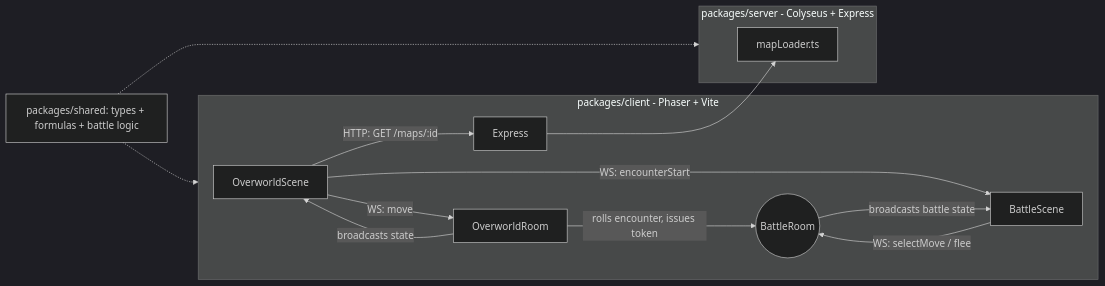
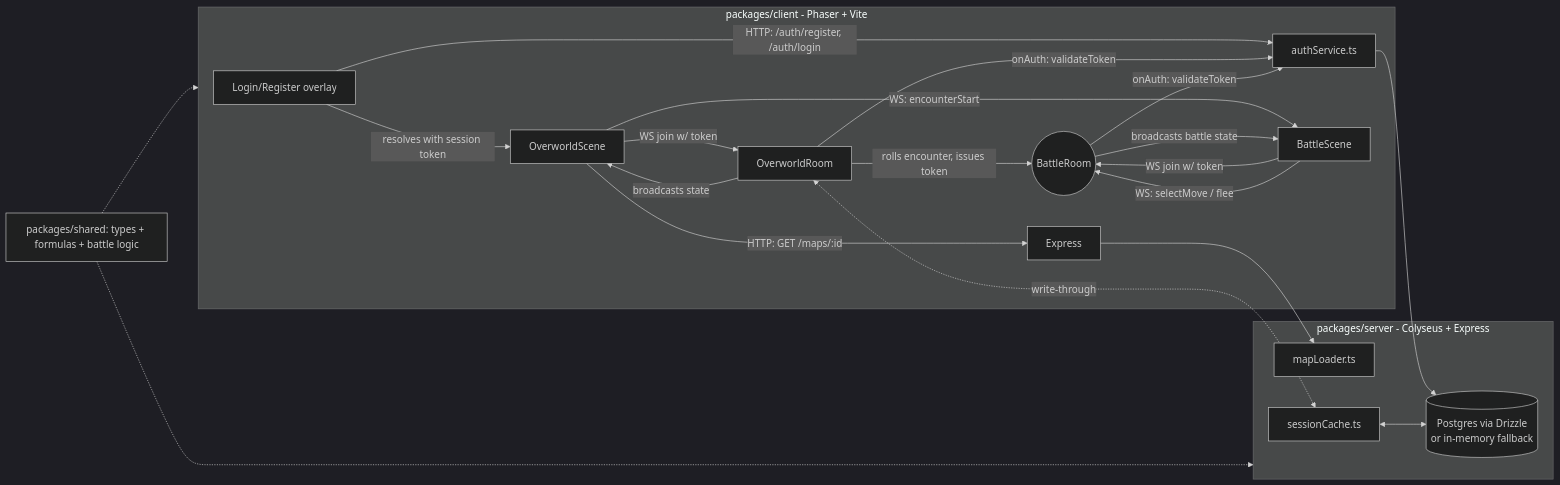
Before and after one commit to sabersage85/kanto-mmo: the diagram in README.md, drawn with Mermaid (dark theme). The commit also changed other lines of this file and 32 other files, not shown here.

````diff
--- a/README.md
+++ b/README.md
@@ -88,17 +93,25 @@
 ```mermaid
 flowchart LR
   subgraph Client [packages/client - Phaser + Vite]
-    A[OverworldScene] -- WS: move --> B((Colyseus Room))
+    Z[Login/Register overlay] -- HTTP: /auth/register, /auth/login --> G
+    Z -- resolves with session token --> A[OverworldScene]
+    A -- WS join w/ token --> B((Colyseus Room))
     A -- WS: encounterStart --> E[BattleScene]
-    E -- WS: selectMove / flee --> F((BattleRoom))
+    E -- WS join w/ token --> F((BattleRoom))
+    E -- WS: selectMove / flee --> F
     A -- HTTP: GET /maps/:id --> C[Express]
   end
   subgraph Server [packages/server - Colyseus + Express]
-    B[OverworldRoom] -- broadcasts state --> A
+    G[authService.ts] --> H[(Postgres via Drizzle\nor in-memory fallback)]
+    B[OverworldRoom] -- onAuth: validateToken --> G
+    B -- broadcasts state --> A
     B -- rolls encounter, issues token --> F
+    F -- onAuth: validateToken --> G
     F -- broadcasts battle state --> E
     C --> D[mapLoader.ts]
+    B <-. write-through .-> I[sessionCache.ts]
+    I <--> H
   end
   Shared[packages/shared: types + formulas + battle logic] -.-> Client
   Shared -.-> Server
 ```
````
